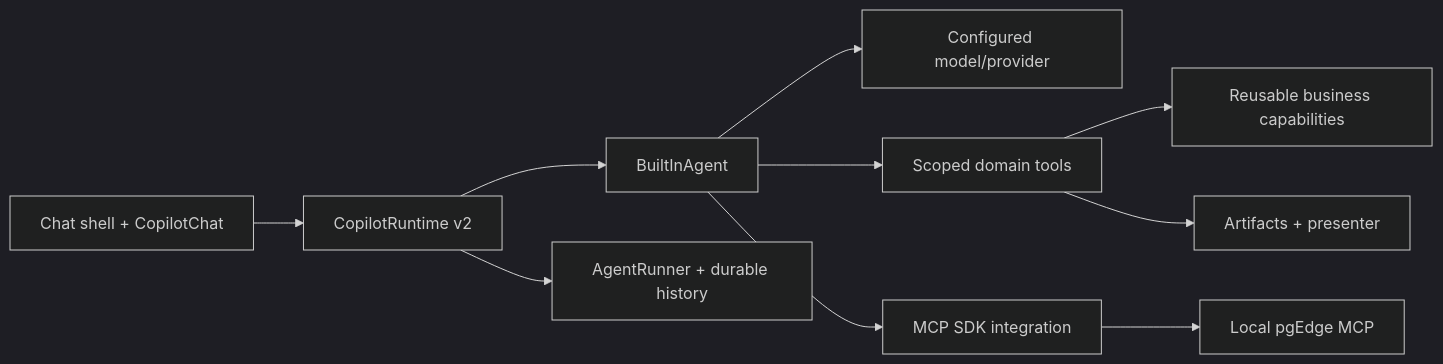
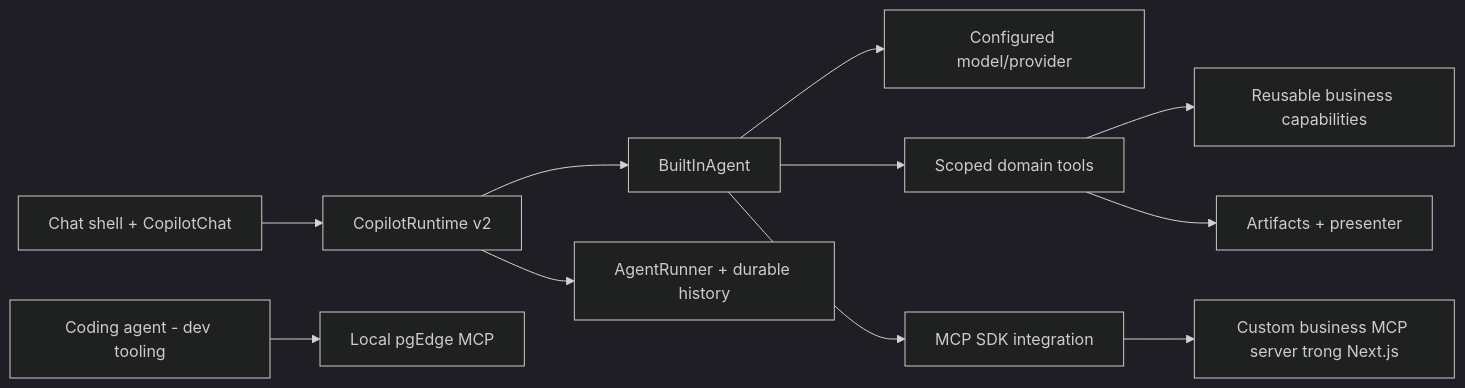
Before and after one commit to baominh5xx2/template-codesdas: the diagram in docs/research/2026-10-05-copilotkit-chat-core.md, drawn with Mermaid (dark theme). The commit also changed other lines of this file and 12 other files, not shown here.

Commit message:
docs: define C03 business MCP design and coding-agent pgEdge scope

````diff
--- a/docs/research/2026-10-05-copilotkit-chat-core.md
+++ b/docs/research/2026-10-05-copilotkit-chat-core.md
@@ -69,12 +71,13 @@
 ```mermaid
 flowchart LR
   UI[Chat shell + CopilotChat] --> Runtime[CopilotRuntime v2]
   Runtime --> Agent[BuiltInAgent]
   Runtime --> Persistence[AgentRunner + durable history]
   Agent --> Model[Configured model/provider]
   Agent --> Tools[Scoped domain tools]
   Agent --> MCP[MCP SDK integration]
   Tools --> Capabilities[Reusable business capabilities]
   Tools --> Artifacts[Artifacts + presenter]
-  MCP --> PGEdge[Local pgEdge MCP]
+  MCP --> BusinessMCP[Custom business MCP server trong Next.js]
+  CodingAgent[Coding agent - dev tooling] --> PGEdge[Local pgEdge MCP]
 ```
````
